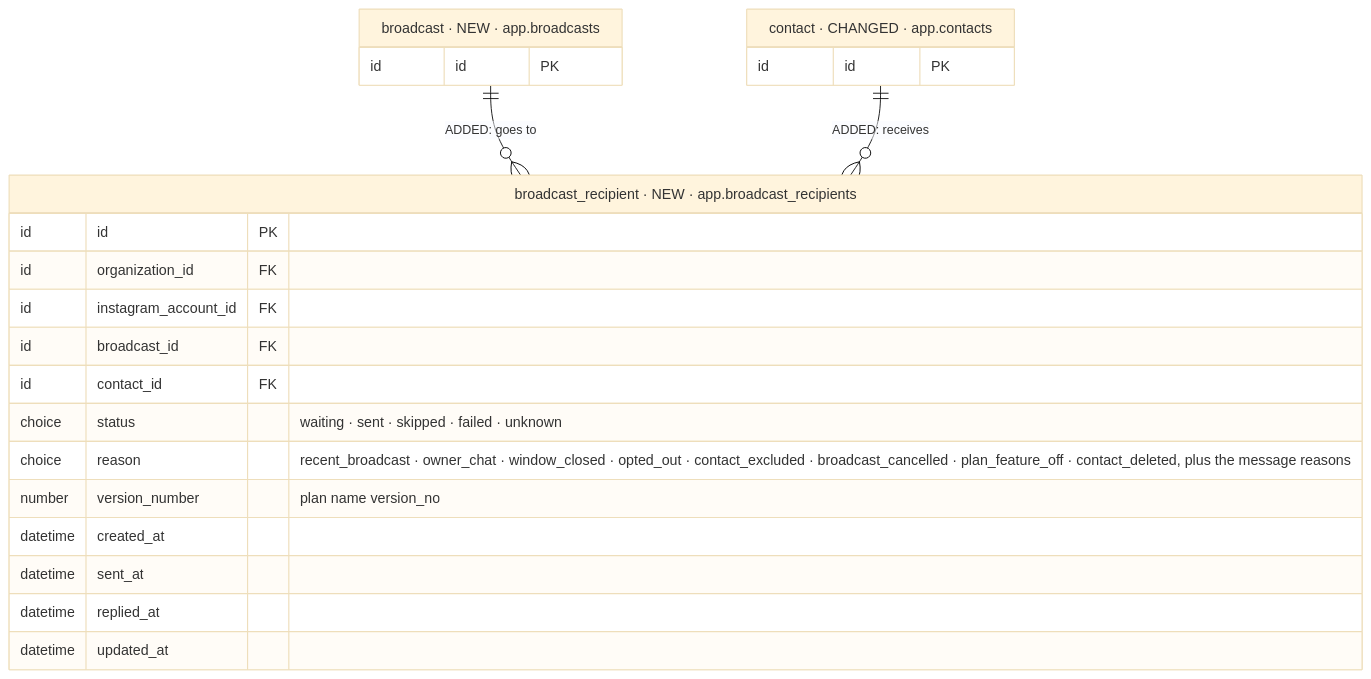
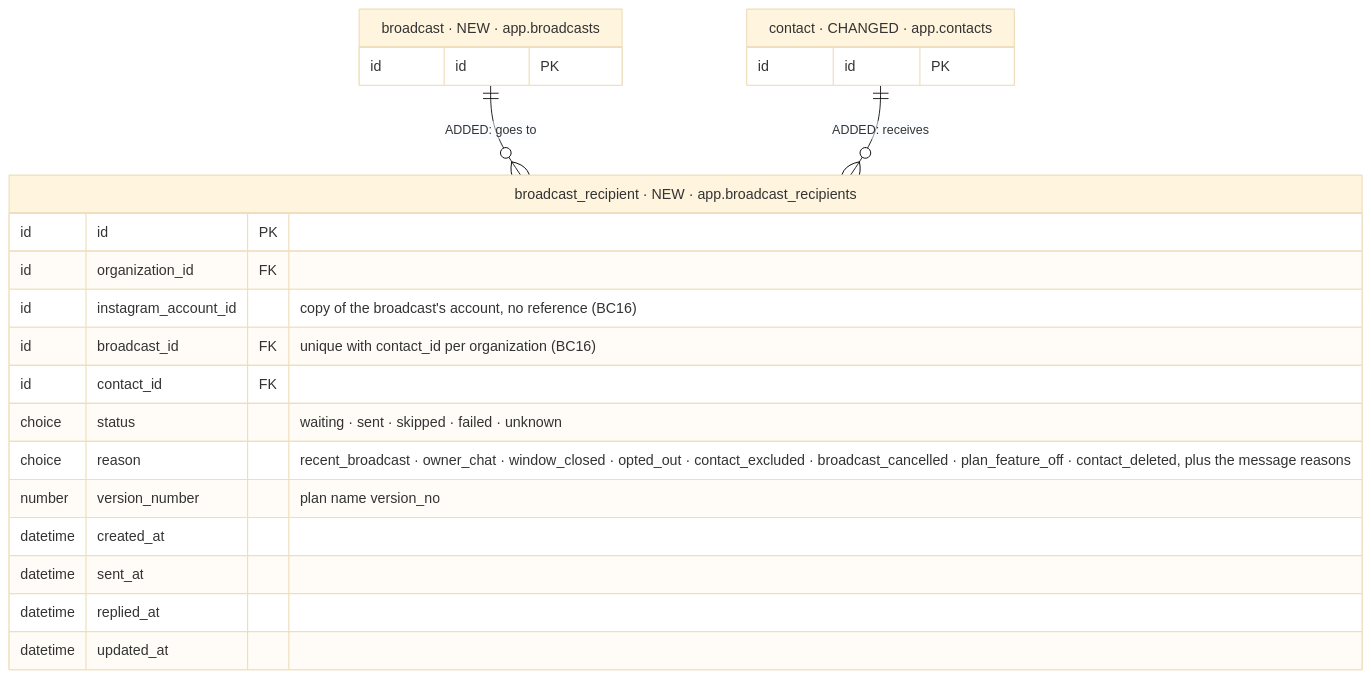
One commit to albetrios/meepzo-be changed diagram 21 of 39 in iterations/feat-instagram-dm-sending-2026-11-23-oxak/plans/db-changes.md. Above: the diagram before and after it, drawn with Mermaid (base theme). The commit also changed other lines of this file and 2 other files, not shown here.

````diff
--- a/iterations/feat-instagram-dm-sending-2026-11-23-oxak/plans/db-changes.md
+++ b/iterations/feat-instagram-dm-sending-2026-11-23-oxak/plans/db-changes.md
@@ -973,25 +1009,25 @@
 ```mermaid
 erDiagram
   broadcast_recipient["broadcast_recipient · NEW · app.broadcast_recipients"] {
     id id PK
     id organization_id FK
-    id instagram_account_id FK
-    id broadcast_id FK
+    id instagram_account_id "copy of the broadcast's account, no reference (BC16)"
+    id broadcast_id FK "unique with contact_id per organization (BC16)"
     id contact_id FK
     choice status "waiting · sent · skipped · failed · unknown"
     choice reason "recent_broadcast · owner_chat · window_closed · opted_out · contact_excluded · broadcast_cancelled · plan_feature_off · contact_deleted, plus the message reasons"
     number version_number "plan name version_no"
     datetime created_at
     datetime sent_at
     datetime replied_at
     datetime updated_at
   }
   broadcast["broadcast · NEW · app.broadcasts"] {
     id id PK
   }
   contact["contact · CHANGED · app.contacts"] {
     id id PK
   }
   broadcast ||--o{ broadcast_recipient : "ADDED: goes to"
   contact ||--o{ broadcast_recipient : "ADDED: receives"
 ```
````
